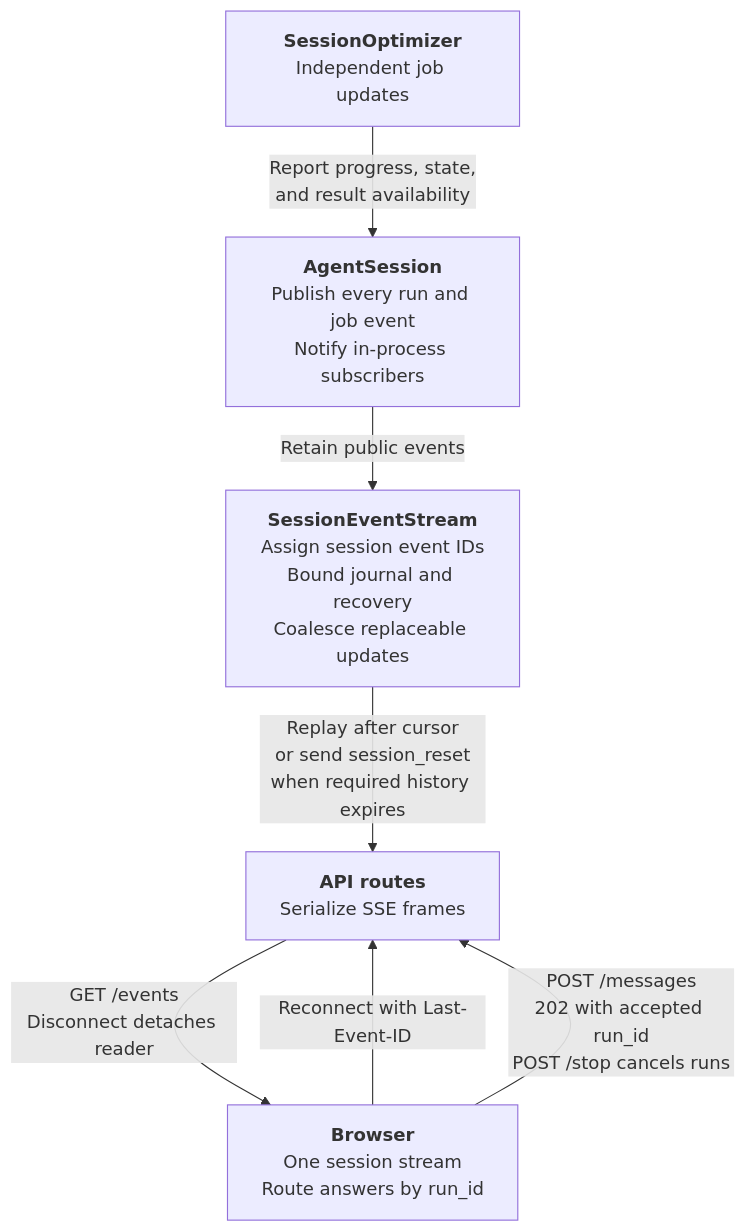
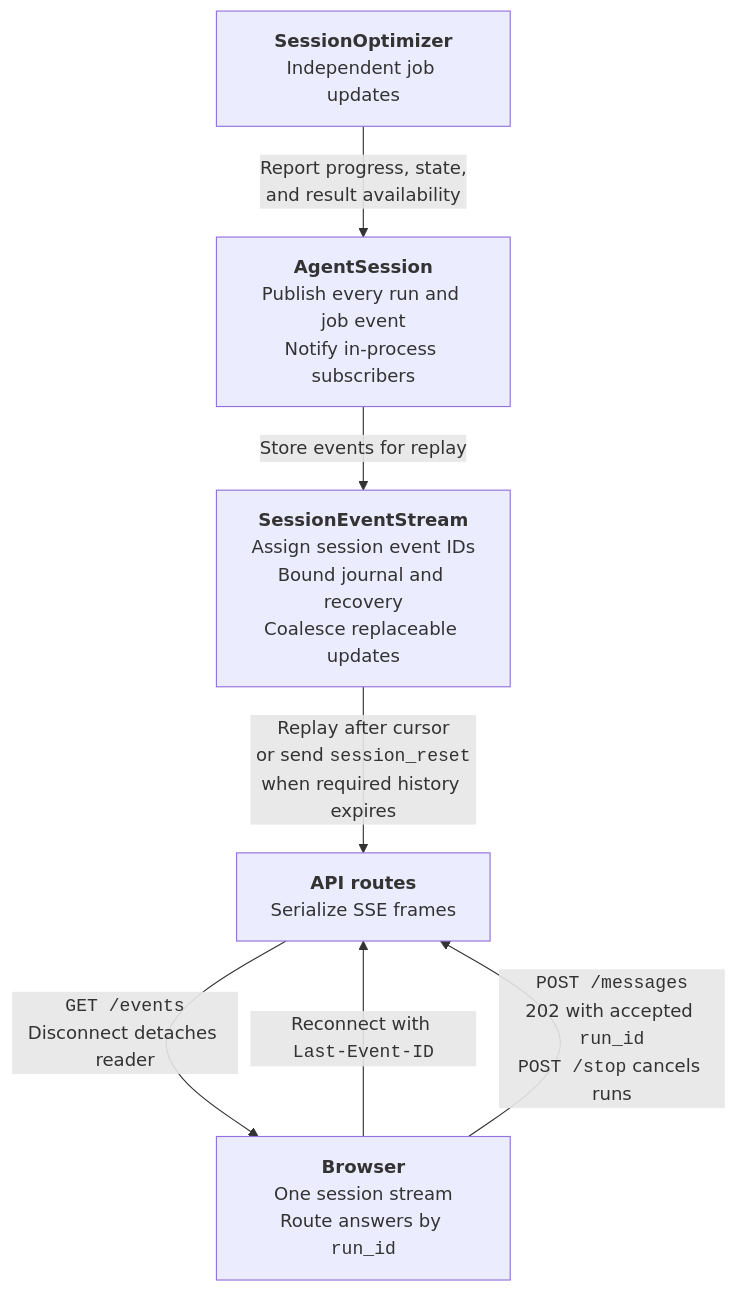
The fourth of 15 diagrams in docs/content/developer-guide/ai-assistant.md (j3soon/nurse-scheduling), drawn with Mermaid before and after one commit. The commit also changed other lines of this file and 1 other file, not shown here.

First line of the commit message:
docs(ai): clarify unified session events and diagrams

````diff
--- a/docs/content/developer-guide/ai-assistant.md
+++ b/docs/content/developer-guide/ai-assistant.md
@@ -159,15 +163,15 @@
 ```mermaid
 flowchart TB
     Session[<b>AgentSession</b><br/>Publish every run and job event<br/>Notify in-process subscribers]
     Jobs[<b>SessionOptimizer</b><br/>Independent job updates]
     Events[<b>SessionEventStream</b><br/>Assign session event IDs<br/>Bound journal and recovery<br/>Coalesce replaceable updates]
     Routes[<b>API routes</b><br/>Serialize SSE frames]
-    Browser[<b>Browser</b><br/>One session stream<br/>Route answers by run_id]
+    Browser[<b>Browser</b><br/>One session stream<br/>Route answers by <code>run_id</code>]
 
     Jobs -->|Report progress, state,<br/>and result availability| Session
-    Session -->|Retain public events| Events
-    Events -->|Replay after cursor<br/>or send session_reset<br/>when required history expires| Routes
-    Routes -->|GET /events<br/>Disconnect detaches reader| Browser
-    Browser -->|Reconnect with Last-Event-ID| Routes
-    Browser -->|POST /messages<br/>202 with accepted run_id<br/>POST /stop cancels runs| Routes
+    Session -->|Store events for replay| Events
+    Events -->|"Replay after cursor<br/>or send <code>session_reset</code><br/>when required history expires"| Routes
+    Routes -->|"<code>GET /events</code><br/>Disconnect detaches reader"| Browser
+    Browser -->|"Reconnect with <nobr><code>Last-Event-ID</code></nobr>"| Routes
+    Browser -->|"<code>POST /messages</code><br/>202 with accepted <code>run_id</code><br/><code>POST /stop</code> cancels runs"| Routes
 ```
````
